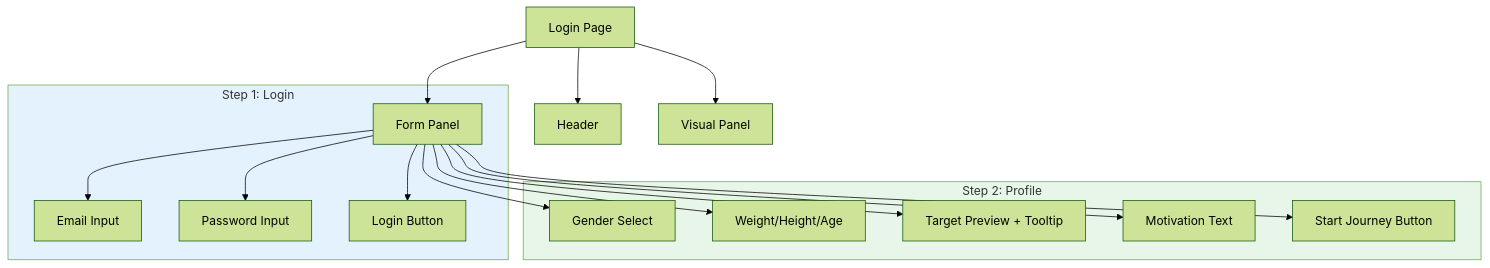
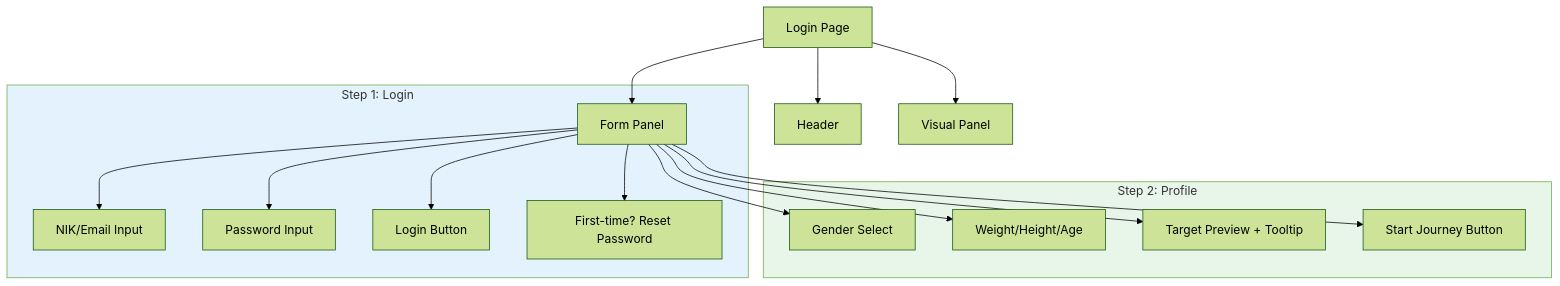
One commit to ilhaminudin24/ITDigital-wellbeing changed the fourth of 4 diagrams in docs/project_analysis.md. Above: the diagram before and after it, drawn with Mermaid (forest theme). The commit also changed other lines of this file and 5 other files, not shown here.

````diff
--- a/docs/project_analysis.md
+++ b/docs/project_analysis.md
@@ -225,23 +271,23 @@
 ```mermaid
 flowchart TD
     A[Login Page] --> B[Header]
     A --> C[Visual Panel]
     A --> D[Form Panel]
     
     subgraph Login["Step 1: Login"]
-        D --> D1[Email Input]
+        D --> D1[NIK/Email Input]
         D --> D2[Password Input]
         D --> D3[Login Button]
+        D --> D4[First-time? Reset Password]
     end
     
     subgraph Profile["Step 2: Profile"]
-        D --> D4[Gender Select]
-        D --> D5[Weight/Height/Age]
-        D --> D6[Target Preview + Tooltip]
-        D --> D7[Motivation Text]
+        D --> D5[Gender Select]
+        D --> D6[Weight/Height/Age]
+        D --> D7[Target Preview + Tooltip]
         D --> D8[Start Journey Button]
     end
 
     style Login fill:#e3f2fd
     style Profile fill:#e8f5e9
 ```
````
